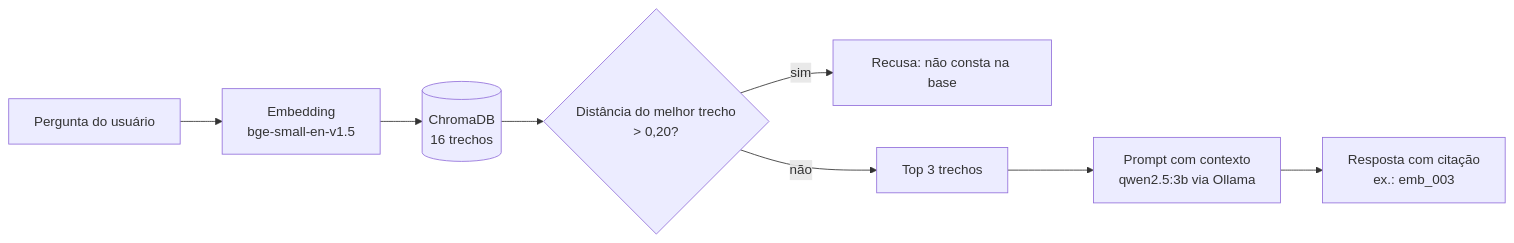
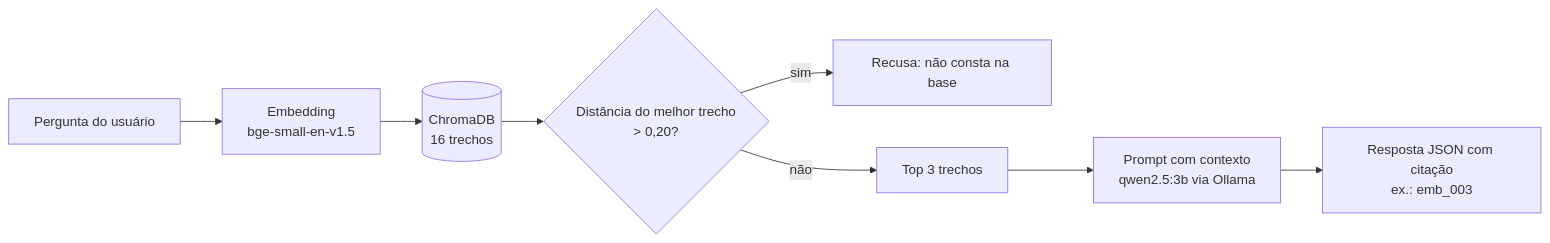
Before and after one commit to Matheus-Zanardi/Avironda: the diagram in README.md, drawn with Mermaid. The commit also changed other lines of this file, not shown here.

````diff
--- a/README.md
+++ b/README.md
@@ -98,10 +26,10 @@
 ```mermaid
 flowchart LR
     A[Pergunta do usuário] --> B[Embedding<br/>bge-small-en-v1.5]
     B --> C[(ChromaDB<br/>16 trechos)]
     C --> D{Distância do melhor trecho<br/>> 0,20?}
     D -- sim --> E[Recusa: não consta na base]
     D -- não --> F[Top 3 trechos]
     F --> G[Prompt com contexto<br/>qwen2.5:3b via Ollama]
-    G --> H[Resposta com citação<br/>ex.: emb_003]
+    G --> H[Resposta JSON com citação<br/>ex.: emb_003]
 ```
````
